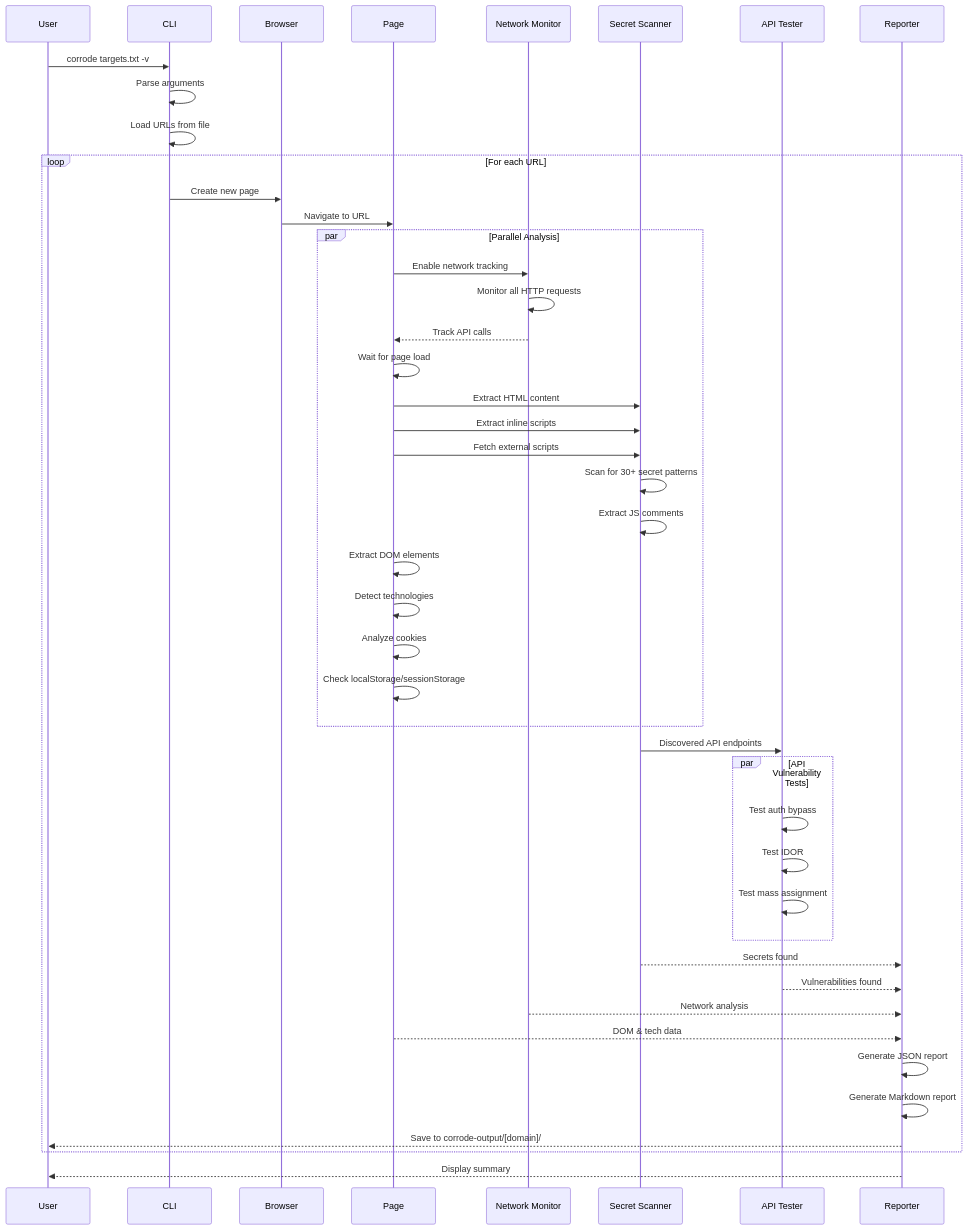
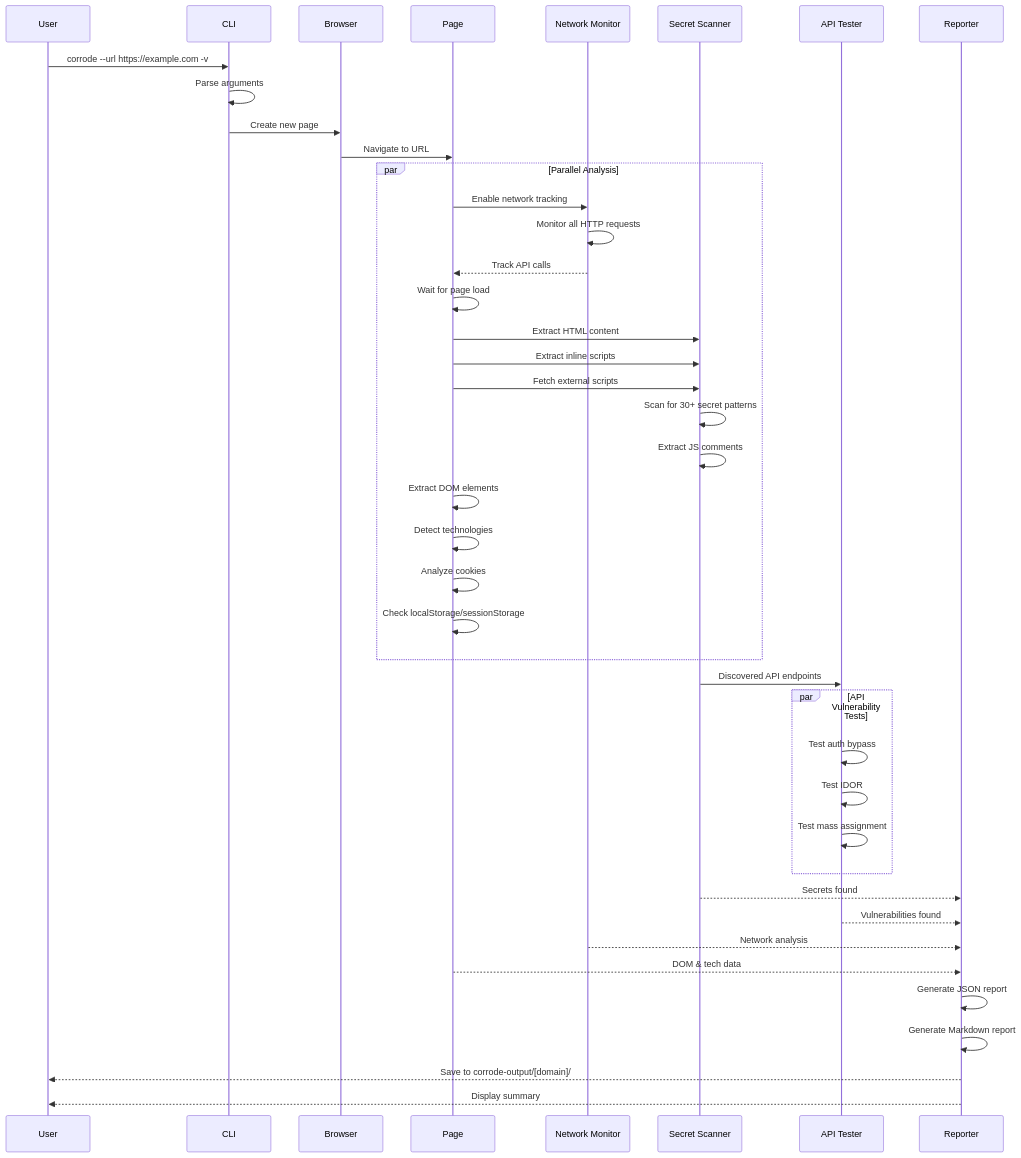
One commit to ul0gic/corrode changed the second of 3 diagrams in README.md. Above: the diagram before and after it, drawn with Mermaid. The commit also changed other lines of this file and 6 other files, not shown here.

Commit message:
refactor: simplify scanner to single URL mode and remove bulk scanning functionality

````diff
--- a/README.md
+++ b/README.md
@@ -75,57 +73,53 @@
 ```mermaid
 sequenceDiagram
     participant User
     participant CLI
     participant Browser
     participant Page
     participant NetMon as Network Monitor
     participant Scanner as Secret Scanner
     participant APITest as API Tester
     participant Reporter
 
-    User->>CLI: corrode targets.txt -v
+    User->>CLI: corrode --url https://example.com -v
     CLI->>CLI: Parse arguments
-    CLI->>CLI: Load URLs from file
+    CLI->>Browser: Create new page
+    Browser->>Page: Navigate to URL
 
-    loop For each URL
-        CLI->>Browser: Create new page
-        Browser->>Page: Navigate to URL
+    par Parallel Analysis
+        Page->>NetMon: Enable network tracking
+        NetMon->>NetMon: Monitor all HTTP requests
+        NetMon-->>Page: Track API calls
 
-        par Parallel Analysis
-            Page->>NetMon: Enable network tracking
-            NetMon->>NetMon: Monitor all HTTP requests
-            NetMon-->>Page: Track API calls
+        Page->>Page: Wait for page load
+        Page->>Scanner: Extract HTML content
+        Page->>Scanner: Extract inline scripts
+        Page->>Scanner: Fetch external scripts
+        Scanner->>Scanner: Scan for 30+ secret patterns
+        Scanner->>Scanner: Extract JS comments
 
-            Page->>Page: Wait for page load
-            Page->>Scanner: Extract HTML content
-            Page->>Scanner: Extract inline scripts
-            Page->>Scanner: Fetch external scripts
-            Scanner->>Scanner: Scan for 30+ secret patterns
-            Scanner->>Scanner: Extract JS comments
+        Page->>Page: Extract DOM elements
+        Page->>Page: Detect technologies
+        Page->>Page: Analyze cookies
+        Page->>Page: Check localStorage/sessionStorage
+    end
 
-            Page->>Page: Extract DOM elements
-            Page->>Page: Detect technologies
-            Page->>Page: Analyze cookies
-            Page->>Page: Check localStorage/sessionStorage
-        end
+    Scanner->>APITest: Discovered API endpoints
 
-        Scanner->>APITest: Discovered API endpoints
+    par API Vulnerability Tests
+        APITest->>APITest: Test auth bypass
+        APITest->>APITest: Test IDOR
+        APITest->>APITest: Test mass assignment
+    end
 
-        par API Vulnerability Tests
-            APITest->>APITest: Test auth bypass
-            APITest->>APITest: Test IDOR
-            APITest->>APITest: Test mass assignment
-        end
+    Scanner-->>Reporter: Secrets found
+    APITest-->>Reporter: Vulnerabilities found
+    NetMon-->>Reporter: Network analysis
+    Page-->>Reporter: DOM & tech data
 
-        Scanner-->>Reporter: Secrets found
-        APITest-->>Reporter: Vulnerabilities found
-        NetMon-->>Reporter: Network analysis
-        Page-->>Reporter: DOM & tech data
-
-        Reporter->>Reporter: Generate JSON report
-        Reporter->>Reporter: Generate Markdown report
-        Reporter-->>User: Save to corrode-output/[domain]/
-    end
+    Reporter->>Reporter: Generate JSON report
+    Reporter->>Reporter: Generate Markdown report
+    Reporter-->>User: Save to corrode-output/[domain]/
 
     Reporter-->>User: Display summary
 ```
````
